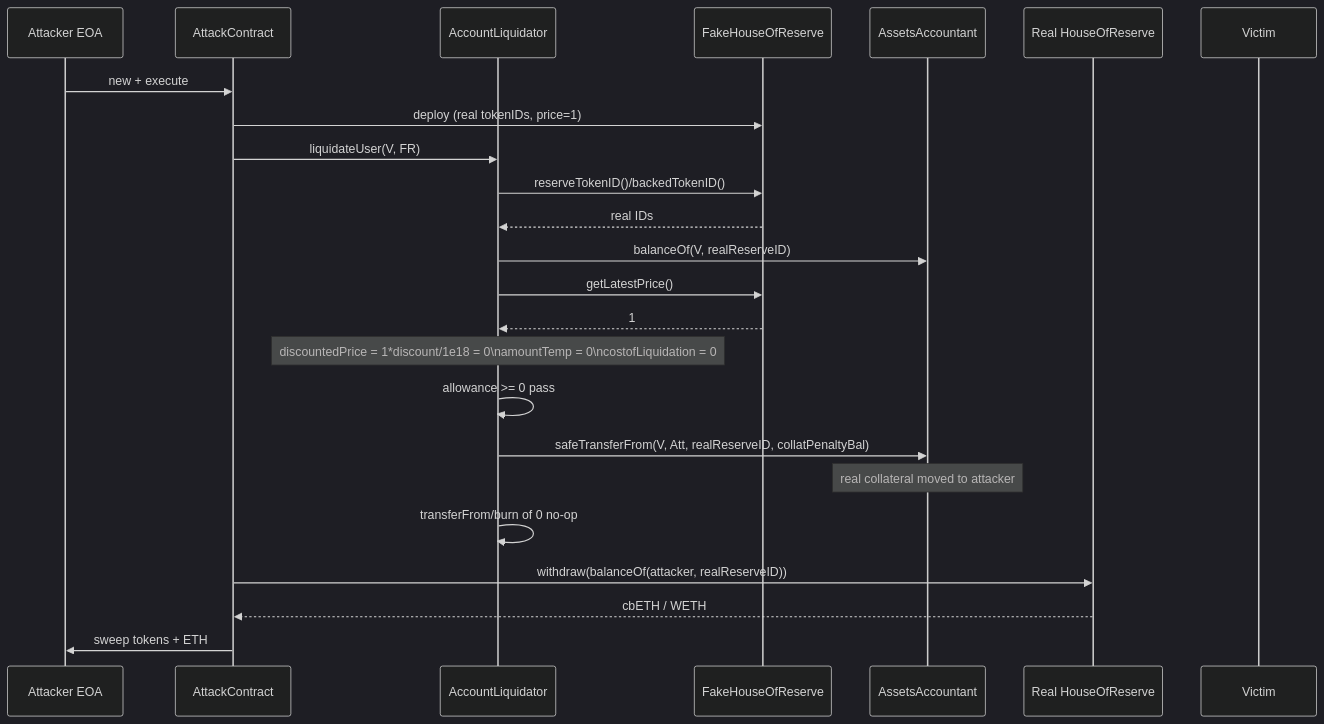
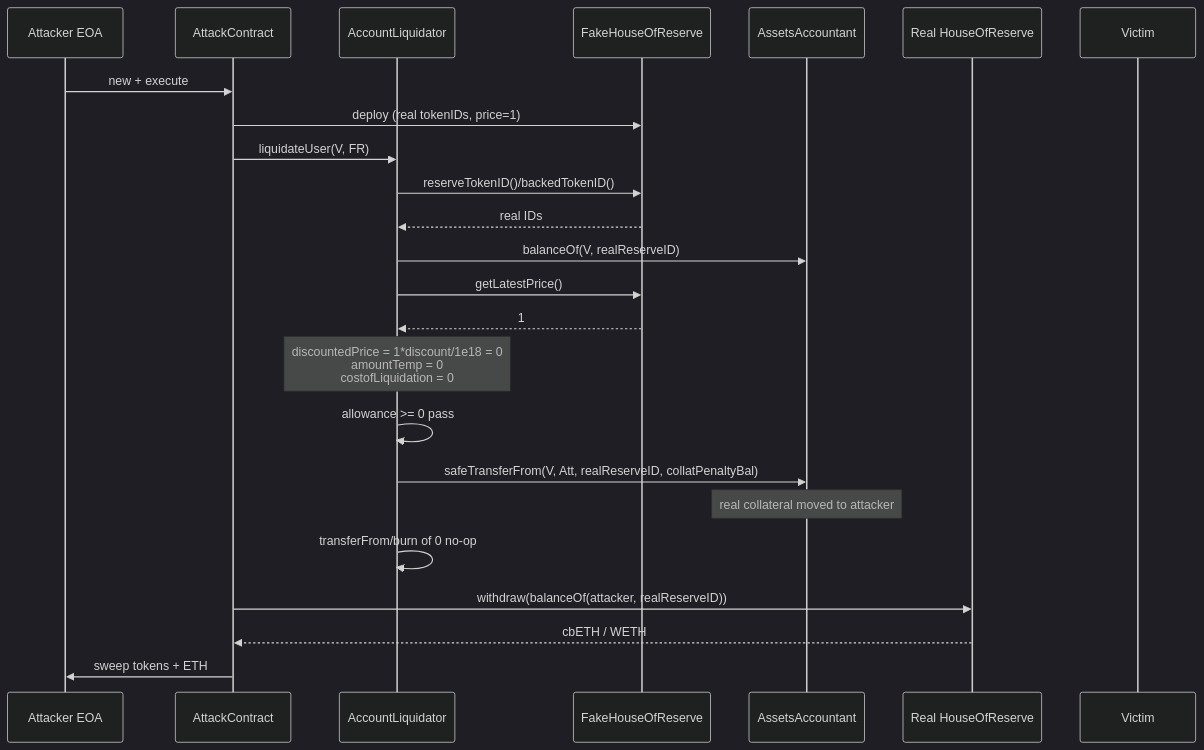
Before and after one commit to sanbir/evm-hack-registry: the first of 2 diagrams in 2026-03-XocolatlLiquidator_exp/XocolatlLiquidator_exp.md, drawn with Mermaid (dark theme). The commit also changed other lines of this file and 280 other files, not shown here.

Commit message:
mermaid fixes

````diff
--- a/2026-03-XocolatlLiquidator_exp/XocolatlLiquidator_exp.md
+++ b/2026-03-XocolatlLiquidator_exp/XocolatlLiquidator_exp.md
@@ -185,27 +185,27 @@
 ```mermaid
 sequenceDiagram
     participant Att as Attacker EOA
     participant Ac as AttackContract
     participant AL as AccountLiquidator
     participant FR as FakeHouseOfReserve
     participant AA as AssetsAccountant
     participant RR as Real HouseOfReserve
     participant V as Victim
 
     Att->>Ac: new + execute
     Ac->>FR: deploy (real tokenIDs, price=1)
     Ac->>AL: liquidateUser(V, FR)
     AL->>FR: reserveTokenID()/backedTokenID()
     FR-->>AL: real IDs
     AL->>AA: balanceOf(V, realReserveID)
     AL->>FR: getLatestPrice()
     FR-->>AL: 1
-    Note over AL: discountedPrice = 1*discount/1e18 = 0\namountTemp = 0\ncostofLiquidation = 0
+    Note over AL: discountedPrice = 1*discount/1e18 = 0<br/>amountTemp = 0<br/>costofLiquidation = 0
     AL->>AL: allowance >= 0  pass
     AL->>AA: safeTransferFrom(V, Att, realReserveID, collatPenaltyBal)
     Note over AA: real collateral moved to attacker
     AL->>AL: transferFrom/burn of 0  no-op
     Ac->>RR: withdraw(balanceOf(attacker, realReserveID))
     RR-->>Ac: cbETH / WETH
     Ac->>Att: sweep tokens + ETH
 ```
````
